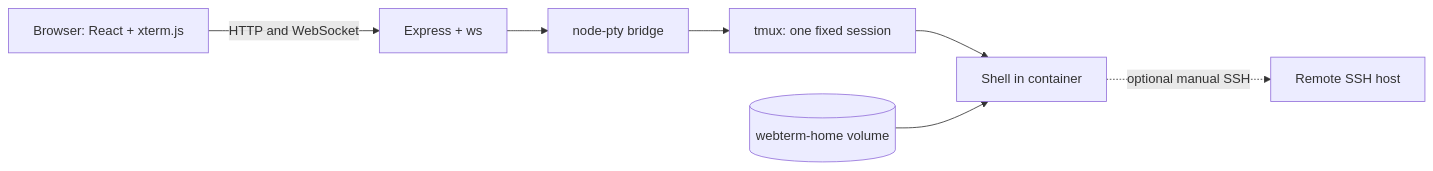
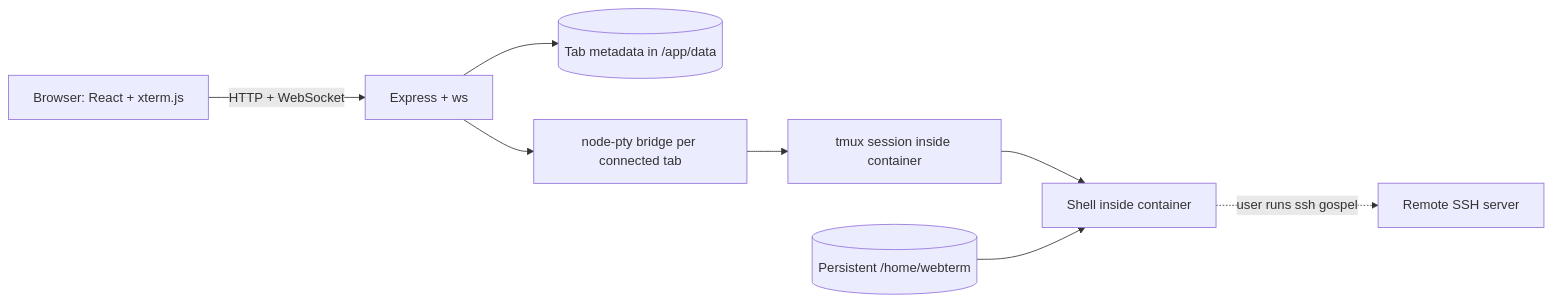
The diagram in README.md (FlancrestInc/flanterminal), drawn with Mermaid before and after one commit. The commit also changed other lines of this file, not shown here.

````diff
--- a/README.md
+++ b/README.md
@@ -9,9 +9,10 @@
 ```mermaid
 flowchart LR
-  Browser[Browser: React + xterm.js] -->|HTTP and WebSocket| Server[Express + ws]
-  Server --> PTY[node-pty bridge]
-  PTY --> Tmux[tmux: one fixed session]
-  Tmux --> Shell[Shell in container]
-  Shell -. optional manual SSH .-> Remote[Remote SSH host]
-  Home[(webterm-home volume)] --> Shell
+  Browser[Browser: React + xterm.js] -->|HTTP + WebSocket| Server[Express + ws]
+  Server --> Store[(Tab metadata in /app/data)]
+  Server --> Bridge[node-pty bridge per connected tab]
+  Bridge --> Tmux[tmux session inside container]
+  Tmux --> Shell[Shell inside container]
+  Shell -. user runs ssh gospel .-> Remote[Remote SSH server]
+  Home[(Persistent /home/webterm)] --> Shell
 ```
````
